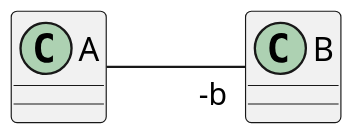
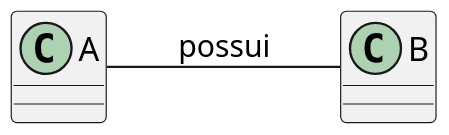
One commit to maxwellamaral/maxwellamaral.github.io changed the diagram in docs/assets/puml/uml_class04.puml. Above: the diagram before and after it, drawn with PlantUML. The commit also changed 7 other files, not shown here.

```diff
--- a/docs/assets/puml/uml_class04.puml
+++ b/docs/assets/puml/uml_class04.puml
@@ -1,17 +1,17 @@
 @startuml
 
 left to right direction
 skinparam classAttributeIconSize 0
 scale 2.0
 
 class A {
 
 }
 
 class B {
 
 }
 
-A --"-b" B
+A -- B : possui
 
 @enduml
```
